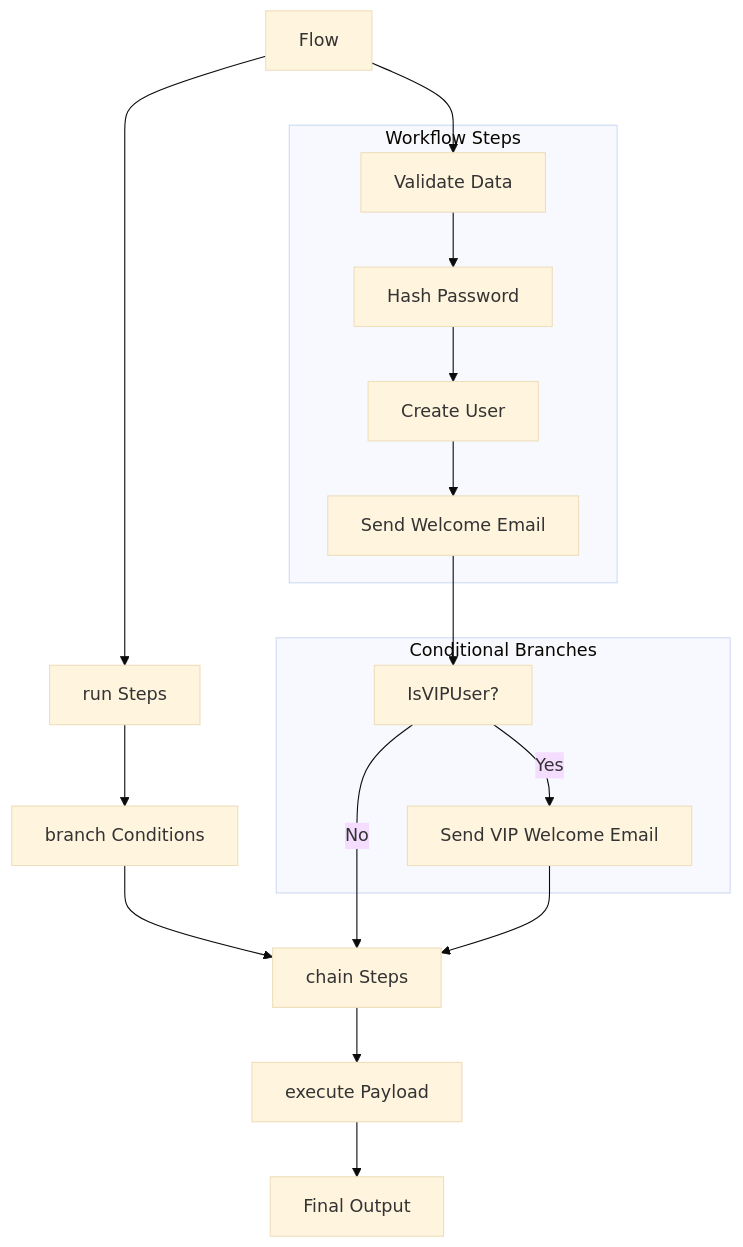
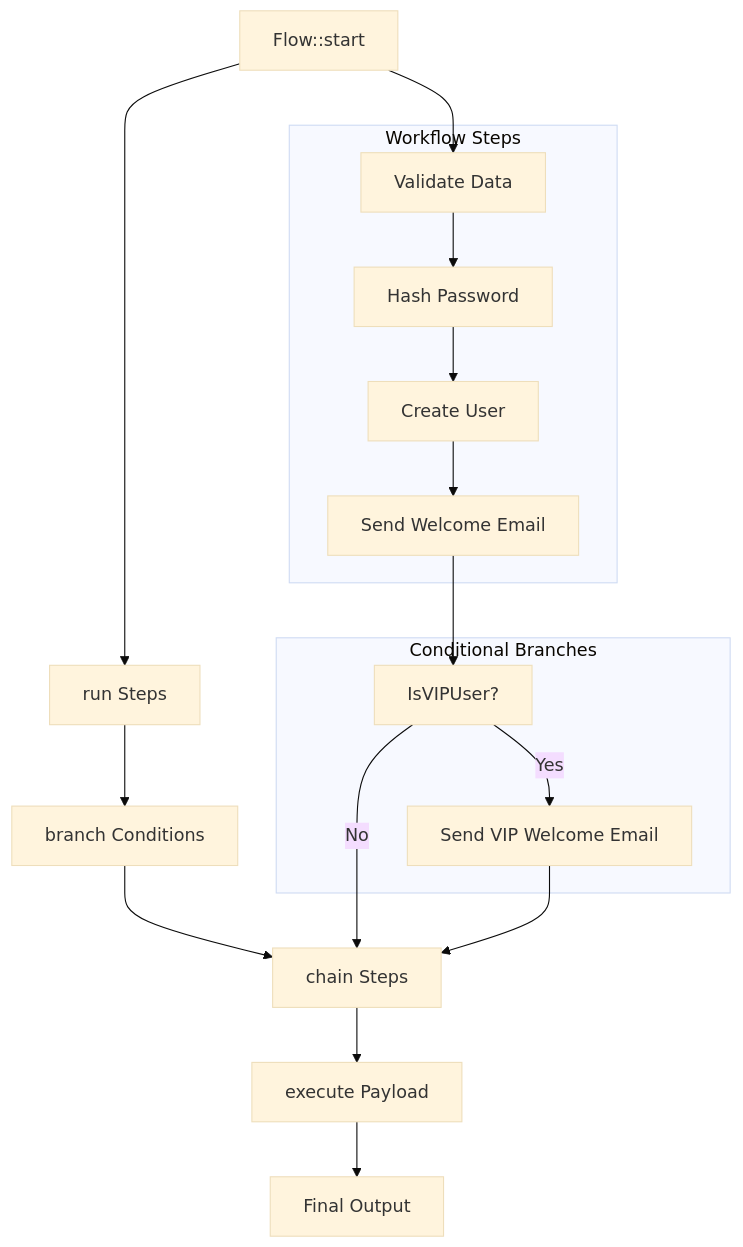
One commit to JustSteveKing/laravel-flows changed the diagram in README.md. Above: the diagram before and after it, drawn with Mermaid (base theme). The commit also changed other lines of this file and 2 other files, not shown here.

Commit message:
feat: adding runs if method to flow class

````diff
--- a/README.md
+++ b/README.md
@@ -255,29 +274,29 @@
 ```mermaid
 flowchart TD
-    A[Flow] --> B[run Steps]
+    A[Flow::start] --> B[run Steps]
     B --> C[branch Conditions]
     C --> D[chain Steps]
     D --> E[execute Payload]
     E --> F[Final Output]
 
     subgraph "Workflow Steps"
         B1[Validate Data]
         B2[Hash Password]
         B3[Create User]
         B4[Send Welcome Email]
     end
 
     subgraph "Conditional Branches"
         C1[IsVIPUser?]
         C2[Send VIP Welcome Email]
     end
 
     A --> B1
     B1 --> B2
     B2 --> B3
     B3 --> B4
     B4 --> C1
     C1 -- Yes --> C2
     C1 -- No --> D
     C2 --> D
 ```
````
